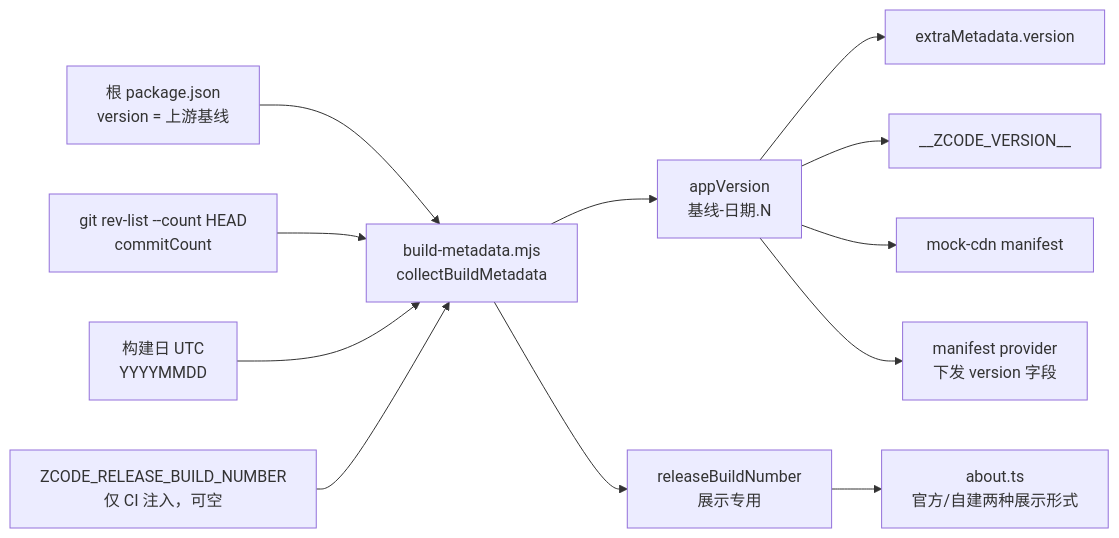
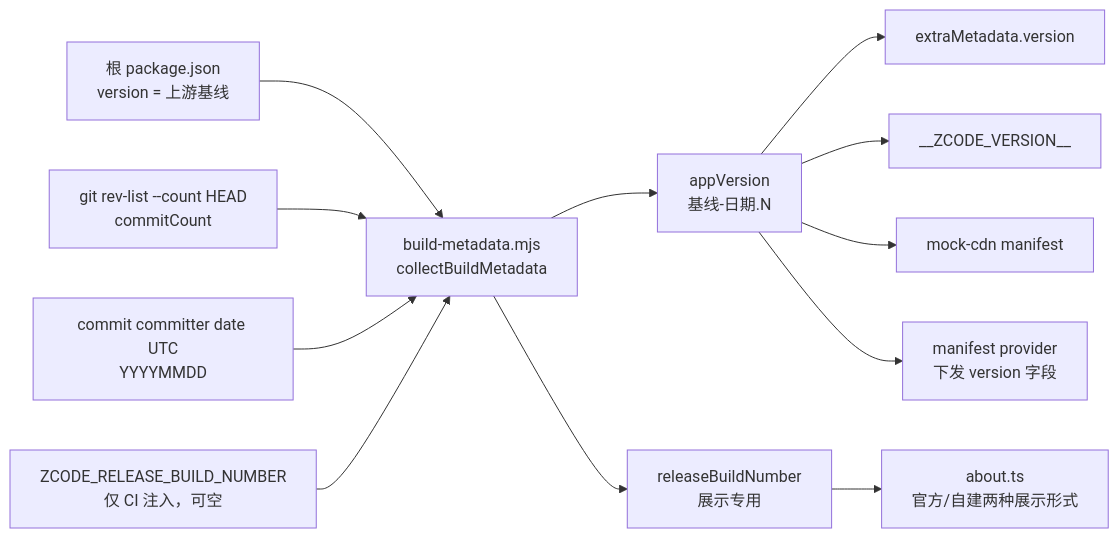
The diagram in .agents/specs/rolling-update.md (No-ni/ZCodium), drawn with Mermaid before and after one commit. The commit also changed other lines of this file and 5 other files, not shown here.

````diff
--- a/.agents/specs/rolling-update.md
+++ b/.agents/specs/rolling-update.md
@@ -104,14 +124,14 @@
 ```mermaid
 flowchart LR
     A["根 package.json<br/>version = 上游基线"] --> D
     B["git rev-list --count HEAD<br/>commitCount"] --> D
-    C["构建日 UTC<br/>YYYYMMDD"] --> D
+    C["commit committer date UTC<br/>YYYYMMDD"] --> D
     Z["ZCODE_RELEASE_BUILD_NUMBER<br/>仅 CI 注入，可空"] --> D
     D["build-metadata.mjs<br/>collectBuildMetadata"] --> E["appVersion<br/>基线-日期.N"]
     D --> Y["releaseBuildNumber<br/>展示专用"]
     E --> F["extraMetadata.version"]
     E --> G["__ZCODE_VERSION__"]
     E --> H["mock-cdn manifest"]
     E --> I["manifest provider<br/>下发 version 字段"]
     Y --> J["about.ts<br/>官方/自建两种展示形式"]
 ```
````
